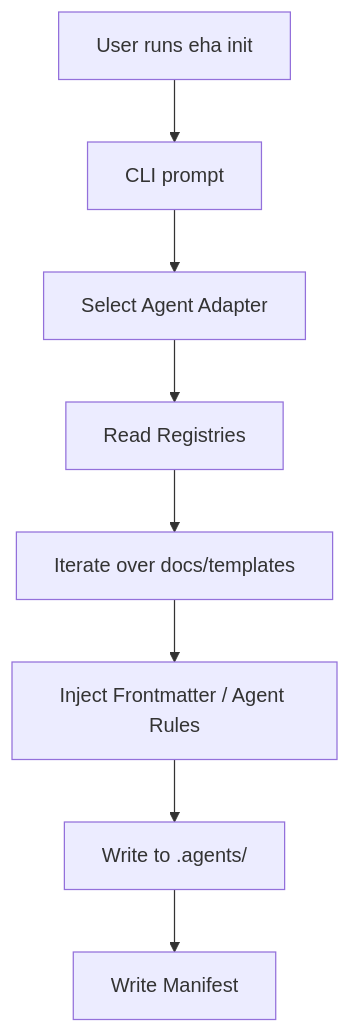
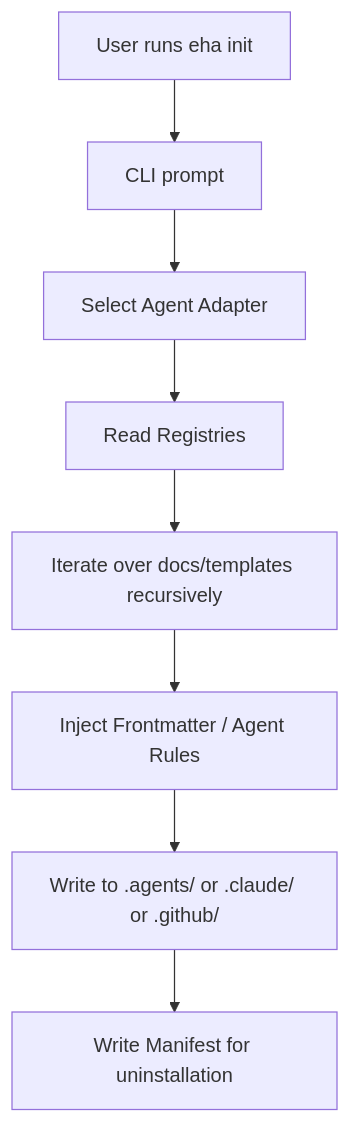
The first of 2 diagrams in docs/project-docs/foundation/architecture.md (SallMarta/eye-hate-agent), drawn with Mermaid before and after one commit. The commit also changed other lines of this file and 7 other files, not shown here.

````diff
--- a/docs/project-docs/foundation/architecture.md
+++ b/docs/project-docs/foundation/architecture.md
@@ -47,10 +56,10 @@
 ```mermaid
 graph TD
     A[User runs eha init] --> B[CLI prompt]
     B --> C[Select Agent Adapter]
     C --> D[Read Registries]
-    D --> E[Iterate over docs/templates]
+    D --> E[Iterate over docs/templates recursively]
     E --> F[Inject Frontmatter / Agent Rules]
-    F --> G[Write to .agents/]
-    G --> H[Write Manifest]
+    F --> G[Write to .agents/ or .claude/ or .github/]
+    G --> H[Write Manifest for uninstallation]
 ```
````
